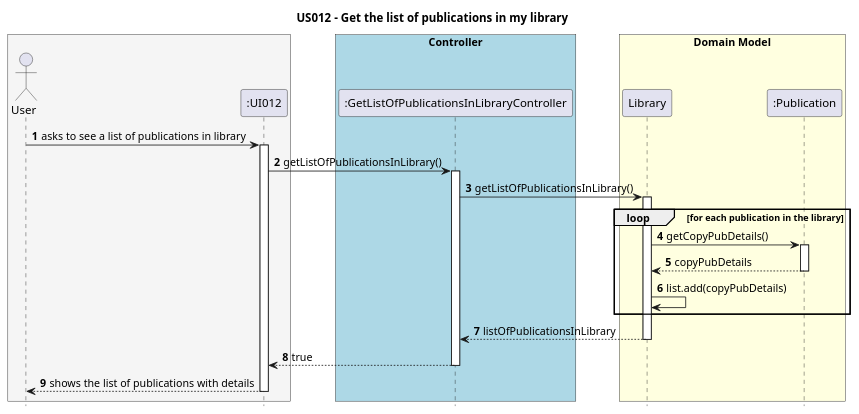
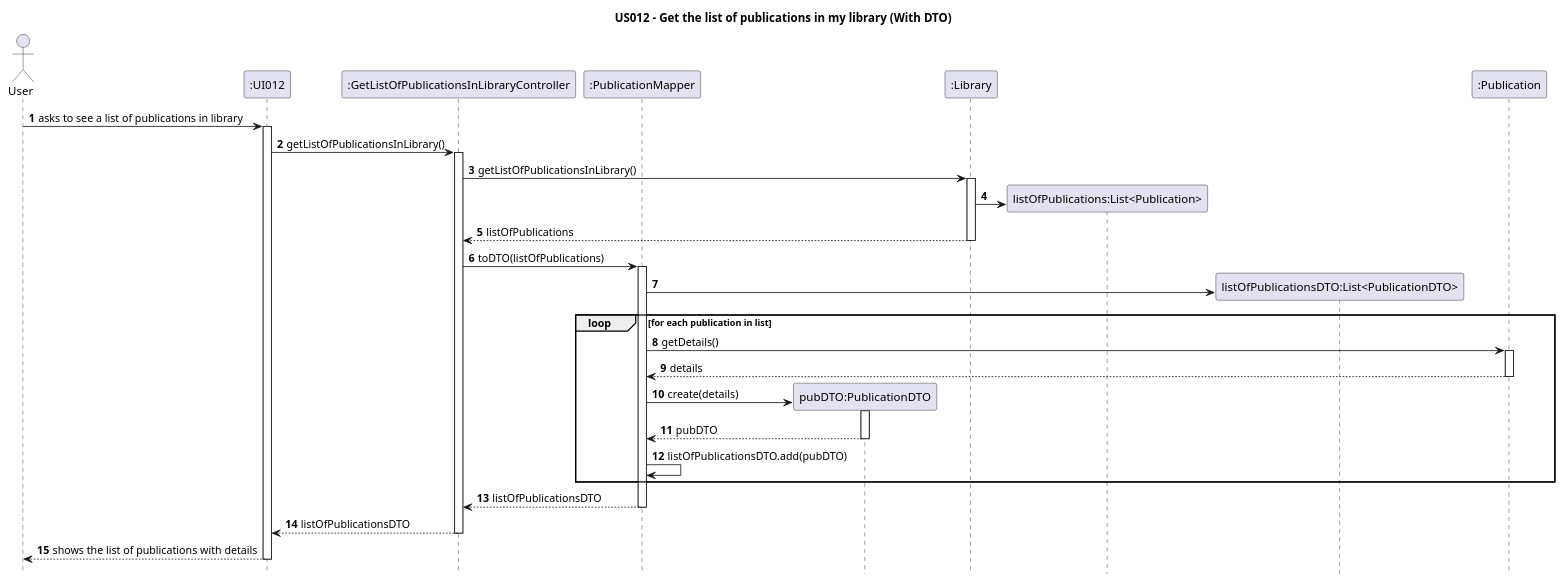
One commit to AndrePereiraGitH/SWitCH-Project-Team_A changed the diagram in Diagrams/SequenceDiagrams/N2/US012-To-Get-List-Of-Publications-In-My-Library.puml. Above: the diagram before and after it, drawn with PlantUML. The commit also changed 3 other files, not shown here.

Commit message:
Working on #106 #104, changes to the SD and CD diagrams (@RodrigoSPTD)

```diff
--- a/Diagrams/SequenceDiagrams/N2/US012-To-Get-List-Of-Publications-In-My-Library.puml
+++ b/Diagrams/SequenceDiagrams/N2/US012-To-Get-List-Of-Publications-In-My-Library.puml
@@ -1,49 +1,71 @@
 @startuml
 autonumber
 hide footbox
-title US012 - Get the list of publications in my library
+title US012 - Get the list of publications in my library (With DTO)
 
 
-box  #WhiteSmoke
-    actor User
-    participant ":UI012" as UI
-end box
+actor User
+participant ":UI012" as UI
 
-box "Controller" #LightBlue
-    participant ":GetListOfPublicationsInLibraryController" as Ctrl
-end box
 
-box "Domain Model" #LightYellow
-    participant "Library" as LibDomain
-    participant ":Publication" as PubDomain
-end box
+
+participant ":GetListOfPublicationsInLibraryController" as Ctrl
+
+
+
+participant ":PublicationMapper" as Mapper
+participant "pubDTO:PublicationDTO" as DTO
+
+
+
+participant ":Library" as LibDomain
+participant "listOfPublications:List<Publication>" as ListPubs
+participant "listOfPublicationsDTO:List<PublicationDTO>" as ListDTO
+
+participant ":Publication" as PubDomain
+
+
+
 
 User -> UI : asks to see a list of publications in library
 activate UI
 
 UI -> Ctrl: getListOfPublicationsInLibrary()
 activate Ctrl
 
 Ctrl -> LibDomain: getListOfPublicationsInLibrary()
 activate LibDomain
+LibDomain -> ListPubs **:
 
 
-        loop for each publication in the library
-            LibDomain -> PubDomain: getCopyPubDetails()
-            activate PubDomain
-            PubDomain --> LibDomain: copyPubDetails
-            deactivate PubDomain
-            LibDomain -> LibDomain: list.add(copyPubDetails)
-        end
+LibDomain --> Ctrl: listOfPublications
+deactivate LibDomain
+
+Ctrl -> Mapper: toDTO(listOfPublications)
+activate Mapper
+Mapper -> ListDTO **:
 
 
+    loop for each publication in list
+        Mapper -> PubDomain: getDetails()
+        activate PubDomain
+        PubDomain --> Mapper: details
+        deactivate PubDomain
 
-LibDomain --> Ctrl: listOfPublicationsInLibrary
-deactivate LibDomain
-Ctrl --> UI: true
+        Mapper -> DTO ** : create(details)
+        activate DTO
+        DTO --> Mapper : pubDTO
+        deactivate DTO
+
+        Mapper -> Mapper: listOfPublicationsDTO.add(pubDTO)
+    end
+
+Mapper --> Ctrl: listOfPublicationsDTO
+deactivate Mapper
+
+Ctrl --> UI: listOfPublicationsDTO
 deactivate Ctrl
 
 UI --> User : shows the list of publications with details
 deactivate UI
-
 @enduml
```
